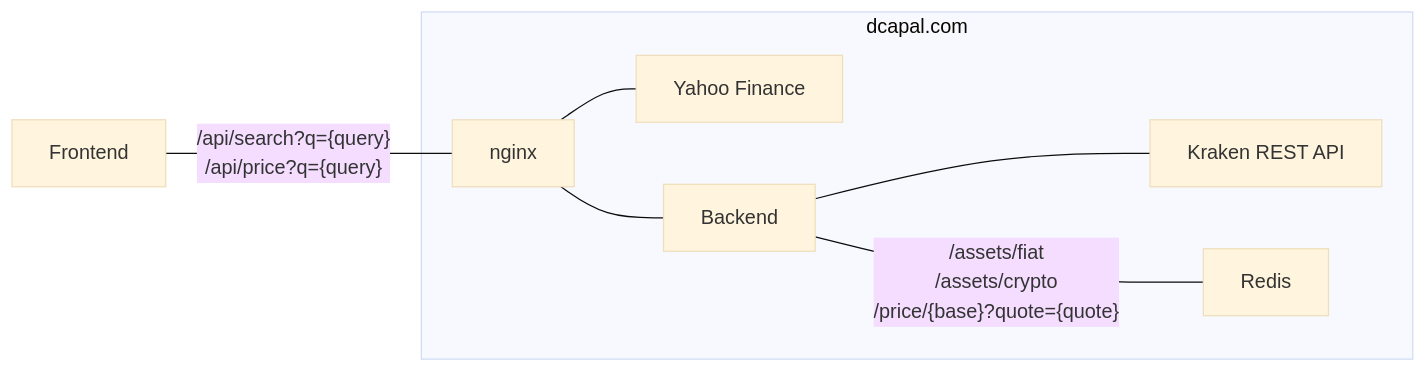
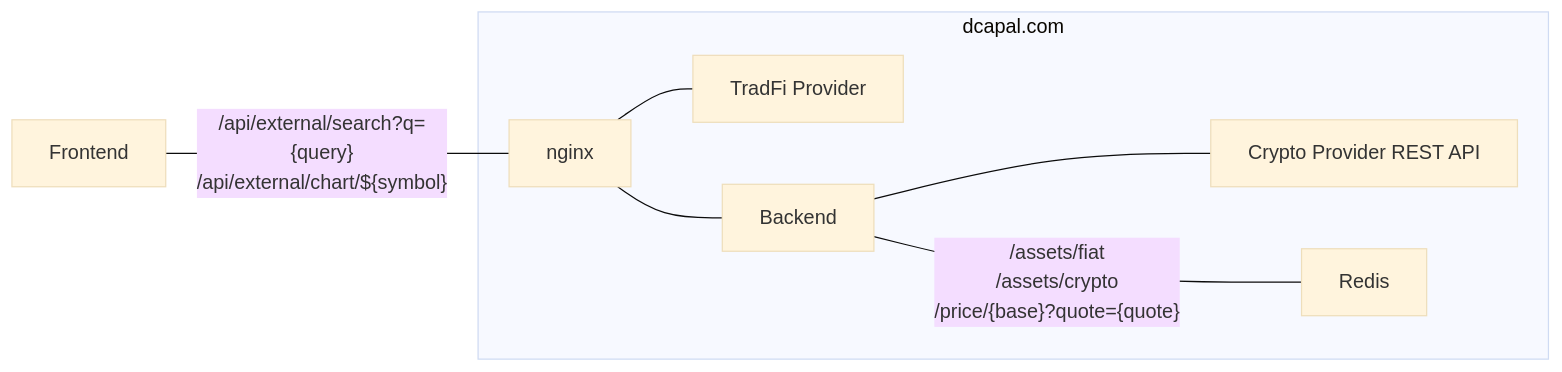
Before and after one commit to dcapal/dcapal: the diagram in README.md, drawn with Mermaid (base theme).

Commit message:
docs: fix endpoint paths

````diff
--- a/README.md
+++ b/README.md
@@ -78,10 +78,10 @@
 ```mermaid
 flowchart LR
-    Frontend[Frontend] ---|"/api/search?q={query}<br>/api/price?q={query}"|nginx[nginx]
+    Frontend[Frontend] ---|"/api/external/search?q={query}<br>/api/external/chart/${symbol}"|nginx[nginx]
     subgraph dcapal.com
-        nginx---Yahoo[Yahoo Finance]
+        nginx---TradFiProvider[TradFi Provider]
         nginx---Backend[Backend]
-        Backend---Kraken[Kraken REST API]
+        Backend---CryptoProvider[Crypto Provider REST API]
         Backend---|"/assets/fiat<br>/assets/crypto<br>/price/{base}?quote={quote}"|Redis[Redis]
     end
 ```
````
